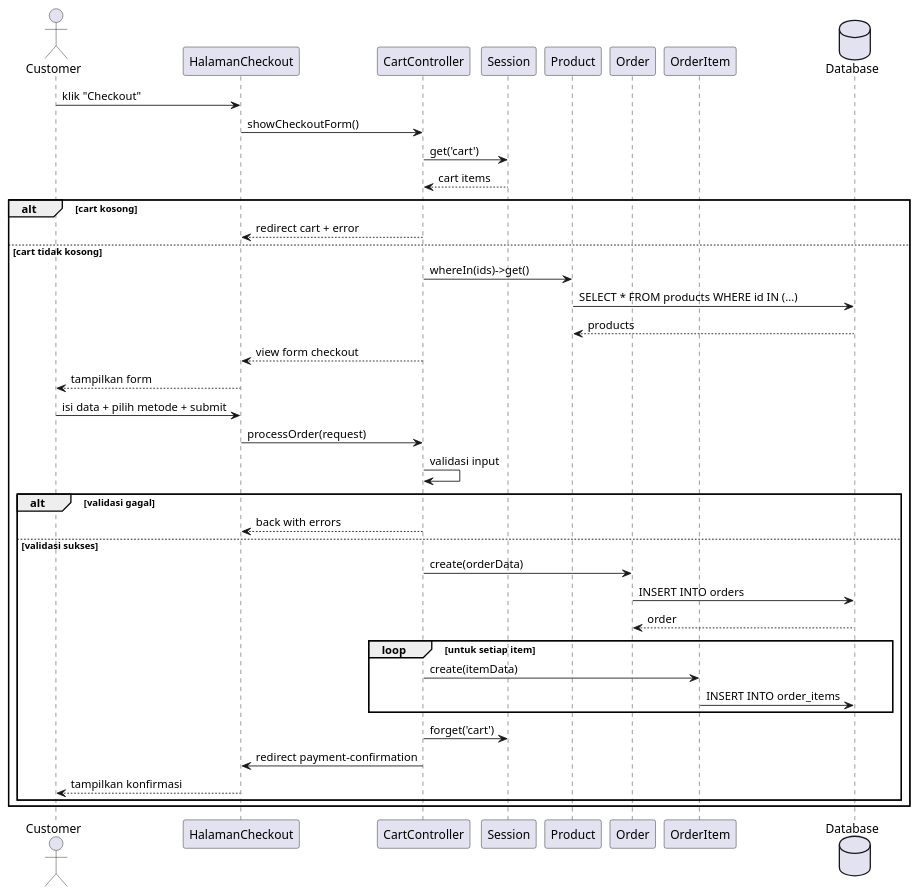
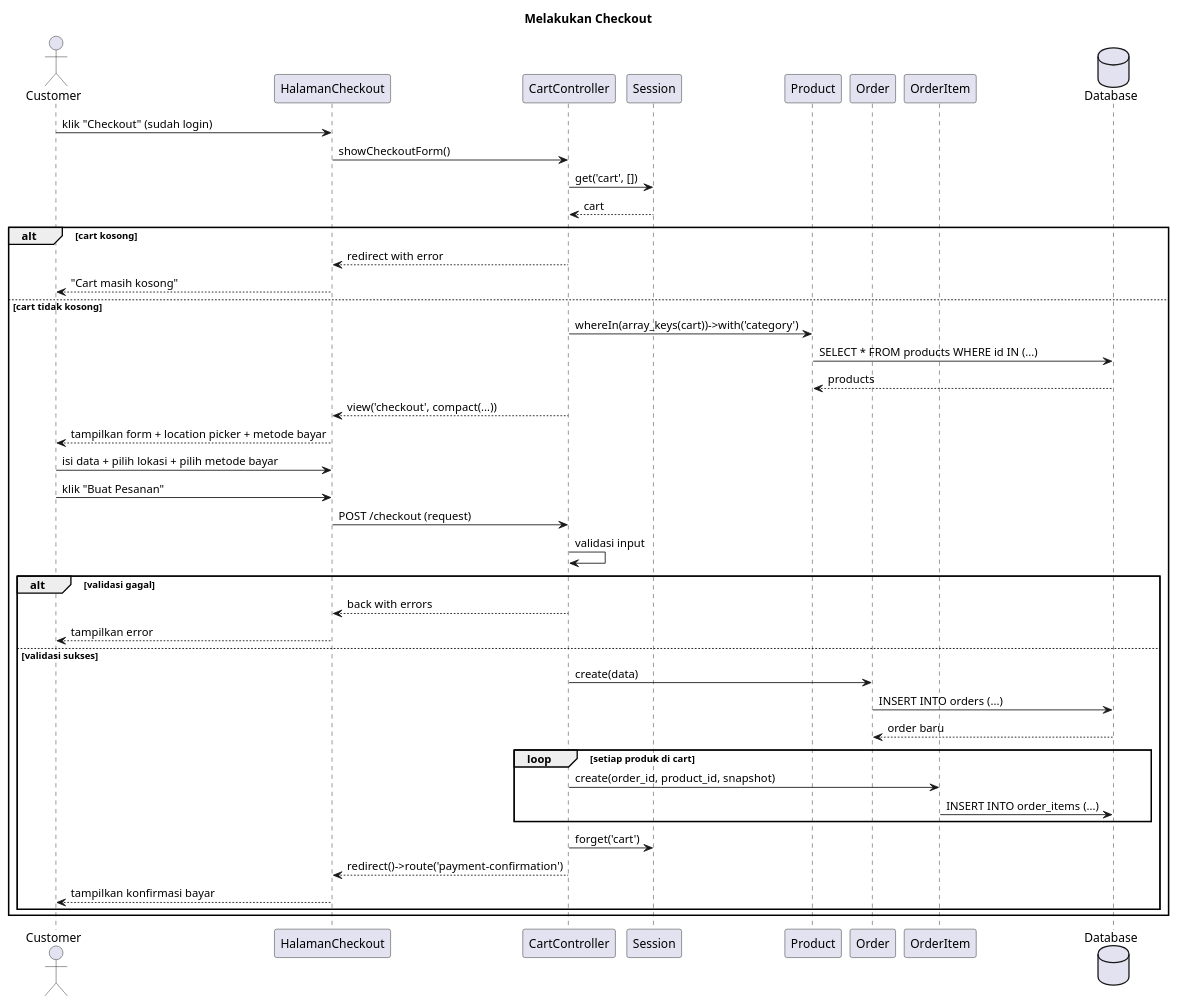
The sixth of 10 diagrams in DPPL.md (notsorcerer/ABP-WEB), drawn with PlantUML before and after one commit. The commit also changed other lines of this file and 1 other file, not shown here.

````diff
--- a/DPPL.md
+++ b/DPPL.md
@@ -1291,49 +1235,54 @@
 ```plantuml
 @startuml
+title Melakukan Checkout
+
 actor Customer
 participant "HalamanCheckout" as UI
 participant "CartController" as C
 participant "Session" as S
-participant "Product" as M1
-participant "Order" as M2
-participant "OrderItem" as M3
+participant "Product" as M
+participant "Order" as O
+participant "OrderItem" as OI
 database "Database" as DB
 
-Customer -> UI : klik "Checkout"
+Customer -> UI : klik "Checkout" (sudah login)
 UI -> C : showCheckoutForm()
-
-C -> S : get('cart')
-S --> C : cart items
+C -> S : get('cart', [])
+S --> C : cart
 
 alt cart kosong
-  C --> UI : redirect cart + error
+  C --> UI : redirect with error
+  UI --> Customer : "Cart masih kosong"
 else cart tidak kosong
-  C -> M1 : whereIn(ids)->get()
-  M1 -> DB : SELECT * FROM products WHERE id IN (...)
-  DB --> M1 : products
-  C --> UI : view form checkout
-  UI --> Customer : tampilkan form
+  C -> M : whereIn(array_keys(cart))->with('category')
+  M -> DB : SELECT * FROM products WHERE id IN (...)
+  DB --> M : products
+  C --> UI : view('checkout', compact(...))
+  UI --> Customer : tampilkan form + location picker + metode bayar
 
-  Customer -> UI : isi data + pilih metode + submit
-  UI -> C : processOrder(request)
+  Customer -> UI : isi data + pilih lokasi + pilih metode bayar
+  Customer -> UI : klik "Buat Pesanan"
+  UI -> C : POST /checkout (request)
 
   C -> C : validasi input
+
   alt validasi gagal
     C --> UI : back with errors
+    UI --> Customer : tampilkan error
   else validasi sukses
-    C -> M2 : create(orderData)
-    M2 -> DB : INSERT INTO orders
-    DB --> M2 : order
+    C -> O : create(data)
+    O -> DB : INSERT INTO orders (...)
+    DB --> O : order baru
 
-    loop untuk setiap item
-      C -> M3 : create(itemData)
-      M3 -> DB : INSERT INTO order_items
+    loop setiap produk di cart
+      C -> OI : create(order_id, product_id, snapshot)
+      OI -> DB : INSERT INTO order_items (...)
     end
 
     C -> S : forget('cart')
-    C -> UI : redirect payment-confirmation
-    UI --> Customer : tampilkan konfirmasi
+    C --> UI : redirect()->route('payment-confirmation')
+    UI --> Customer : tampilkan konfirmasi bayar
   end
 end
 @enduml
 ```
````
